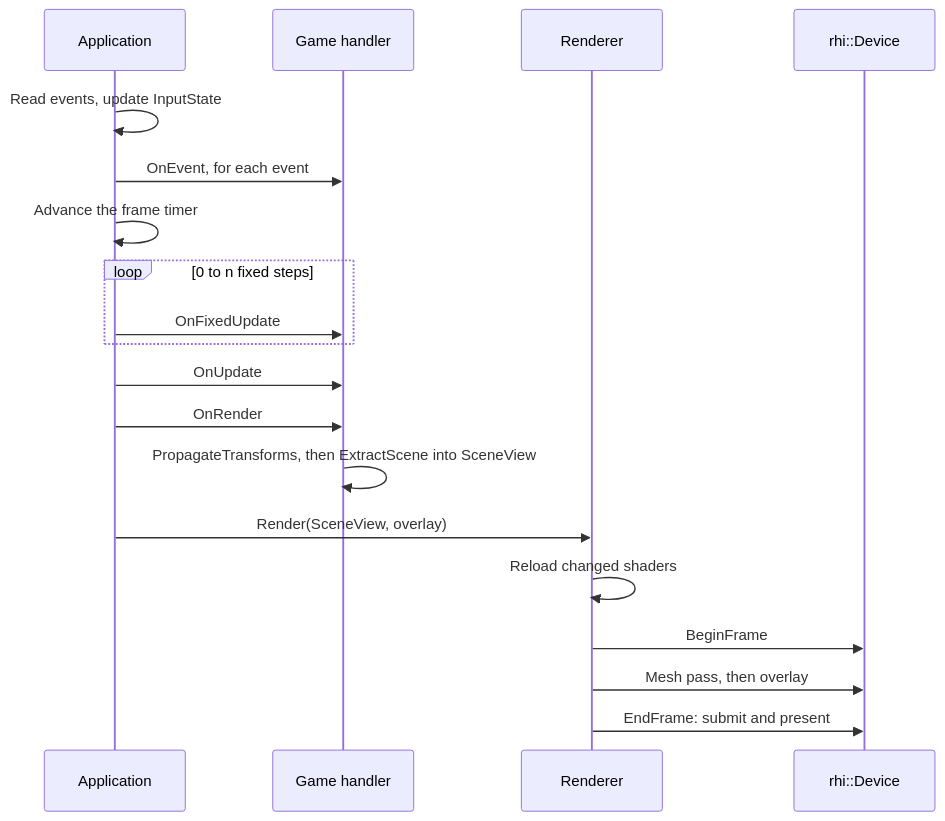
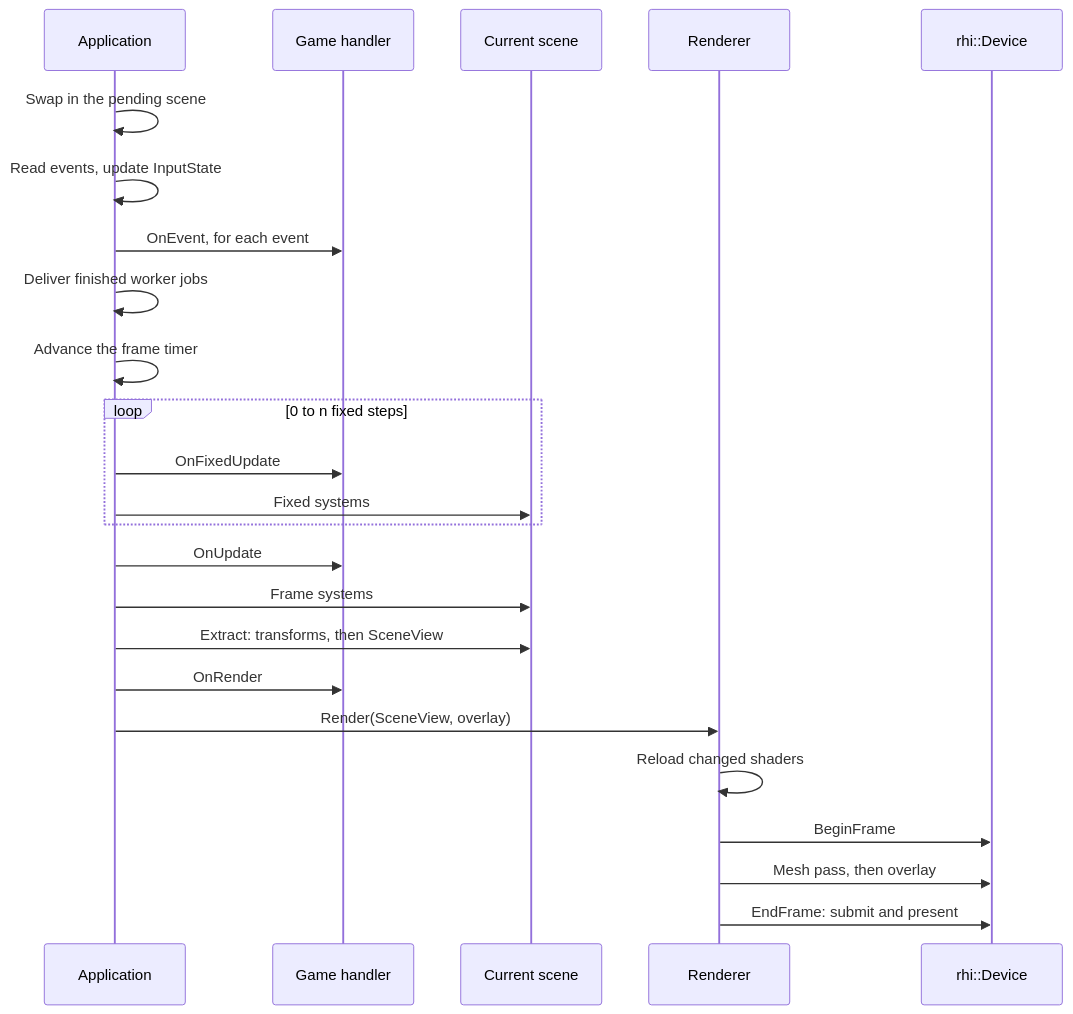
One commit to SBXdev3D/daidalos-engine-next changed the third of 6 diagrams in docs/ARCHITECTURE.md. Above: the diagram before and after it, drawn with Mermaid. The commit also changed other lines of this file and 15 other files, not shown here.

````diff
--- a/docs/ARCHITECTURE.md
+++ b/docs/ARCHITECTURE.md
@@ -92,22 +98,27 @@
 ```mermaid
 sequenceDiagram
     participant A as Application
     participant G as Game handler
+    participant S as Current scene
     participant R as Renderer
     participant D as rhi::Device
 
+    A->>A: Swap in the pending scene
     A->>A: Read events, update InputState
     A->>G: OnEvent, for each event
+    A->>A: Deliver finished worker jobs
     A->>A: Advance the frame timer
     loop 0 to n fixed steps
         A->>G: OnFixedUpdate
+        A->>S: Fixed systems
     end
     A->>G: OnUpdate
+    A->>S: Frame systems
+    A->>S: Extract: transforms, then SceneView
     A->>G: OnRender
-    G->>G: PropagateTransforms, then ExtractScene into SceneView
     A->>R: Render(SceneView, overlay)
     R->>R: Reload changed shaders
     R->>D: BeginFrame
     R->>D: Mesh pass, then overlay
     R->>D: EndFrame: submit and present
 ```
````
